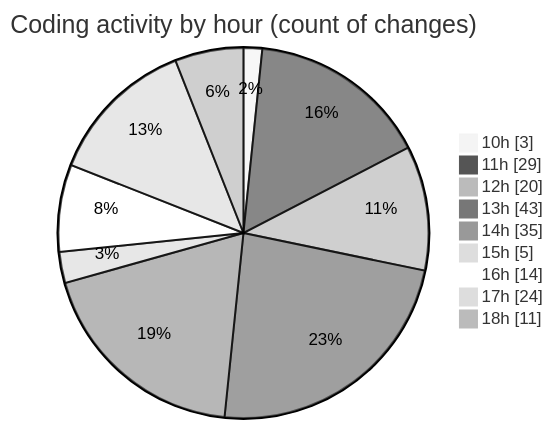
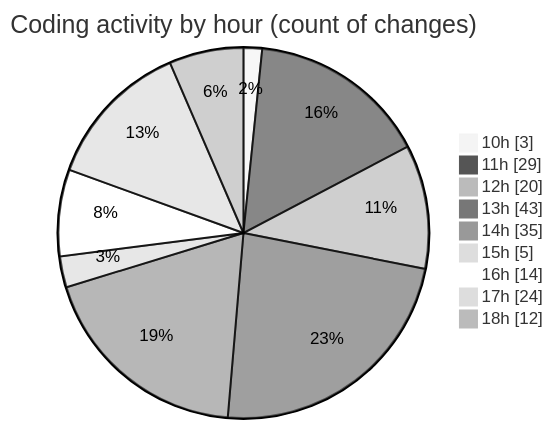
The second of 2 diagrams in 2025-08-14/ribbon/README.md (EIIisD/code-tracking), drawn with Mermaid (neutral theme) before and after one commit. The commit also changed other lines of this file and 1 other file, not shown here.

````diff
--- a/2025-08-14/ribbon/README.md
+++ b/2025-08-14/ribbon/README.md
@@ -42,13 +42,13 @@
 ```mermaid
 pie showData
 title Coding activity by hour (count of changes)
 "10h" : 3
 "11h" : 29
 "12h" : 20
 "13h" : 43
 "14h" : 35
 "15h" : 5
 "16h" : 14
 "17h" : 24
-"18h" : 11
+"18h" : 12
 ```
````
